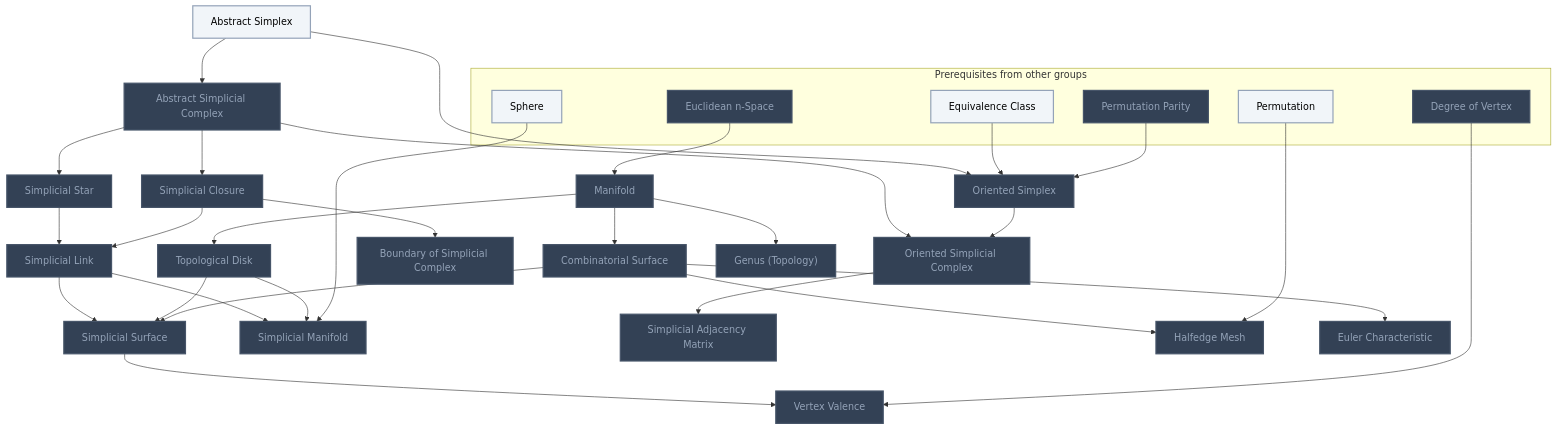
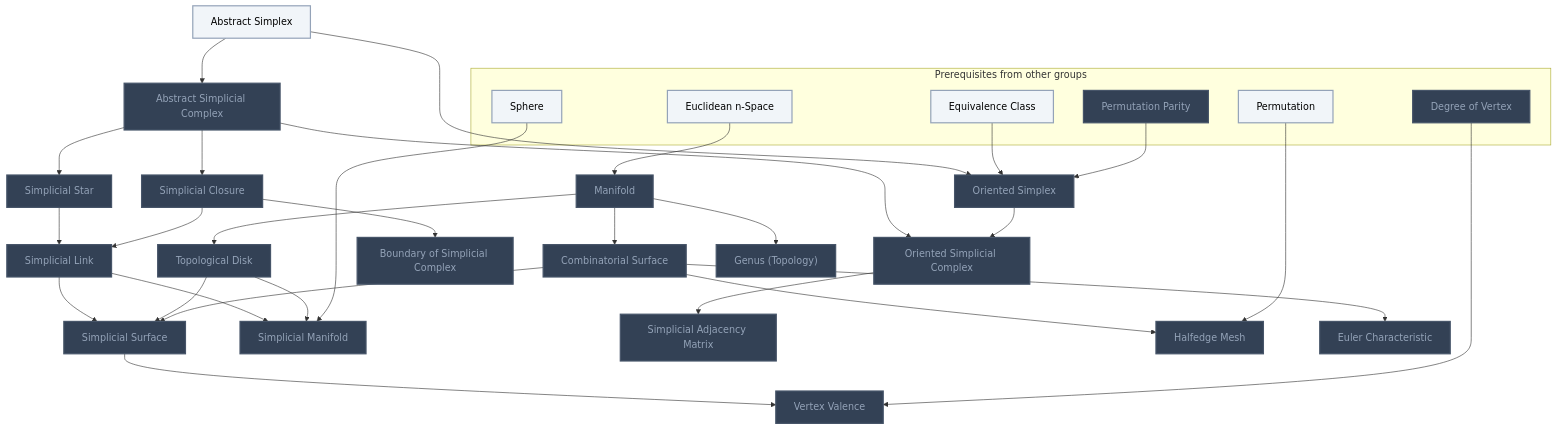
One commit to MRauf1/My-Notes changed the fourth of 21 diagrams in Gamification/Skill Trees/Differential Geometry.md. Above: the diagram before and after it, drawn with Mermaid. The commit also changed other lines of this file and 57 other files, not shown here.

````diff
--- a/Gamification/Skill Trees/Differential Geometry.md
+++ b/Gamification/Skill Trees/Differential Geometry.md
@@ -428,68 +428,68 @@
 ```mermaid
 flowchart TD
     classDef planned fill:#1E293B,stroke:#64748B,stroke-width:2px,stroke-dasharray:5 5,color:#94A3B8;
     classDef locked fill:#334155,stroke:#475569,stroke-width:2px,color:#94A3B8;
     classDef L0 fill:#F1F5F9,stroke:#94A3B8,stroke-width:2px,color:#000000;
     classDef L1 fill:#22C55E,stroke:#15803D,stroke-width:2px,color:#000000;
     classDef L2 fill:#3B82F6,stroke:#1D4ED8,stroke-width:3px,color:#FFFFFF;
     classDef L3 fill:#A855F7,stroke:#6B21A8,stroke-width:3px,color:#FFFFFF,font-weight:bold;
     classDef L4 fill:#F97316,stroke:#C2410C,stroke-width:4px,color:#000000,font-weight:bold;
     classDef L5 fill:#FFD700,stroke:#FF8C00,stroke-width:5px,color:#000000,font-weight:bold;
     classDef rusty stroke:#8B4513,stroke-width:4px,stroke-dasharray:3 3;
     subgraph sg_prereqs["Prerequisites from other groups"]
         n_euclidean_n_space["Euclidean n-Space"]
         n_equivalence_class["Equivalence Class"]
         n_permutation_parity["Permutation Parity"]
         n_sphere["Sphere"]
         n_permutation["Permutation"]
         n_degree_of_vertex["Degree of Vertex"]
     end
     n_manifold["Manifold"]
     n_topological_disk["Topological Disk"]
     n_combinatorial_surface["Combinatorial Surface"]
     n_abstract_simplex["Abstract Simplex"]
     n_abstract_simplicial_complex["Abstract Simplicial Complex"]
     n_simplicial_star["Simplicial Star"]
     n_simplicial_closure["Simplicial Closure"]
     n_simplicial_link["Simplicial Link"]
     n_boundary_of_simplicial_complex["Boundary of Simplicial Complex"]
     n_oriented_simplex["Oriented Simplex"]
     n_oriented_simplicial_complex["Oriented Simplicial Complex"]
     n_simplicial_surface["Simplicial Surface"]
     n_simplicial_manifold["Simplicial Manifold"]
     n_simplicial_adjacency_matrix["Simplicial Adjacency Matrix"]
     n_halfedge_mesh["Halfedge Mesh"]
     n_genus_topology["Genus (Topology)"]
     n_euler_characteristic["Euler Characteristic"]
     n_vertex_valence["Vertex Valence"]
     n_euclidean_n_space --> n_manifold
     n_manifold --> n_topological_disk
     n_manifold --> n_combinatorial_surface
     n_abstract_simplex --> n_abstract_simplicial_complex
     n_abstract_simplicial_complex --> n_simplicial_star
     n_abstract_simplicial_complex --> n_simplicial_closure
     n_simplicial_star --> n_simplicial_link
     n_simplicial_closure --> n_simplicial_link
     n_simplicial_closure --> n_boundary_of_simplicial_complex
     n_abstract_simplex --> n_oriented_simplex
     n_equivalence_class --> n_oriented_simplex
     n_permutation_parity --> n_oriented_simplex
     n_abstract_simplicial_complex --> n_oriented_simplicial_complex
     n_oriented_simplex --> n_oriented_simplicial_complex
     n_simplicial_link --> n_simplicial_surface
     n_topological_disk --> n_simplicial_surface
     n_combinatorial_surface --> n_simplicial_surface
     n_simplicial_link --> n_simplicial_manifold
     n_topological_disk --> n_simplicial_manifold
     n_sphere --> n_simplicial_manifold
     n_oriented_simplicial_complex --> n_simplicial_adjacency_matrix
     n_combinatorial_surface --> n_halfedge_mesh
     n_permutation --> n_halfedge_mesh
     n_manifold --> n_genus_topology
     n_combinatorial_surface --> n_euler_characteristic
     n_simplicial_surface --> n_vertex_valence
     n_degree_of_vertex --> n_vertex_valence
-    class n_euclidean_n_space,n_permutation_parity,n_degree_of_vertex,n_manifold,n_topological_disk,n_combinatorial_surface,n_abstract_simplicial_complex,n_simplicial_star,n_simplicial_closure,n_simplicial_link,n_boundary_of_simplicial_complex,n_oriented_simplex,n_oriented_simplicial_complex,n_simplicial_surface,n_simplicial_manifold,n_simplicial_adjacency_matrix,n_halfedge_mesh,n_genus_topology,n_euler_characteristic,n_vertex_valence locked;
-    class n_equivalence_class,n_sphere,n_permutation,n_abstract_simplex L0;
+    class n_permutation_parity,n_degree_of_vertex,n_manifold,n_topological_disk,n_combinatorial_surface,n_abstract_simplicial_complex,n_simplicial_star,n_simplicial_closure,n_simplicial_link,n_boundary_of_simplicial_complex,n_oriented_simplex,n_oriented_simplicial_complex,n_simplicial_surface,n_simplicial_manifold,n_simplicial_adjacency_matrix,n_halfedge_mesh,n_genus_topology,n_euler_characteristic,n_vertex_valence locked;
+    class n_euclidean_n_space,n_equivalence_class,n_sphere,n_permutation,n_abstract_simplex L0;
     class n_euclidean_n_space,n_equivalence_class,n_permutation_parity,n_sphere,n_permutation,n_degree_of_vertex,n_manifold,n_topological_disk,n_combinatorial_surface,n_abstract_simplex,n_abstract_simplicial_complex,n_simplicial_star,n_simplicial_closure,n_simplicial_link,n_boundary_of_simplicial_complex,n_oriented_simplex,n_oriented_simplicial_complex,n_simplicial_surface,n_simplicial_manifold,n_simplicial_adjacency_matrix,n_halfedge_mesh,n_genus_topology,n_euler_characteristic,n_vertex_valence internal-link;
 ```
````
